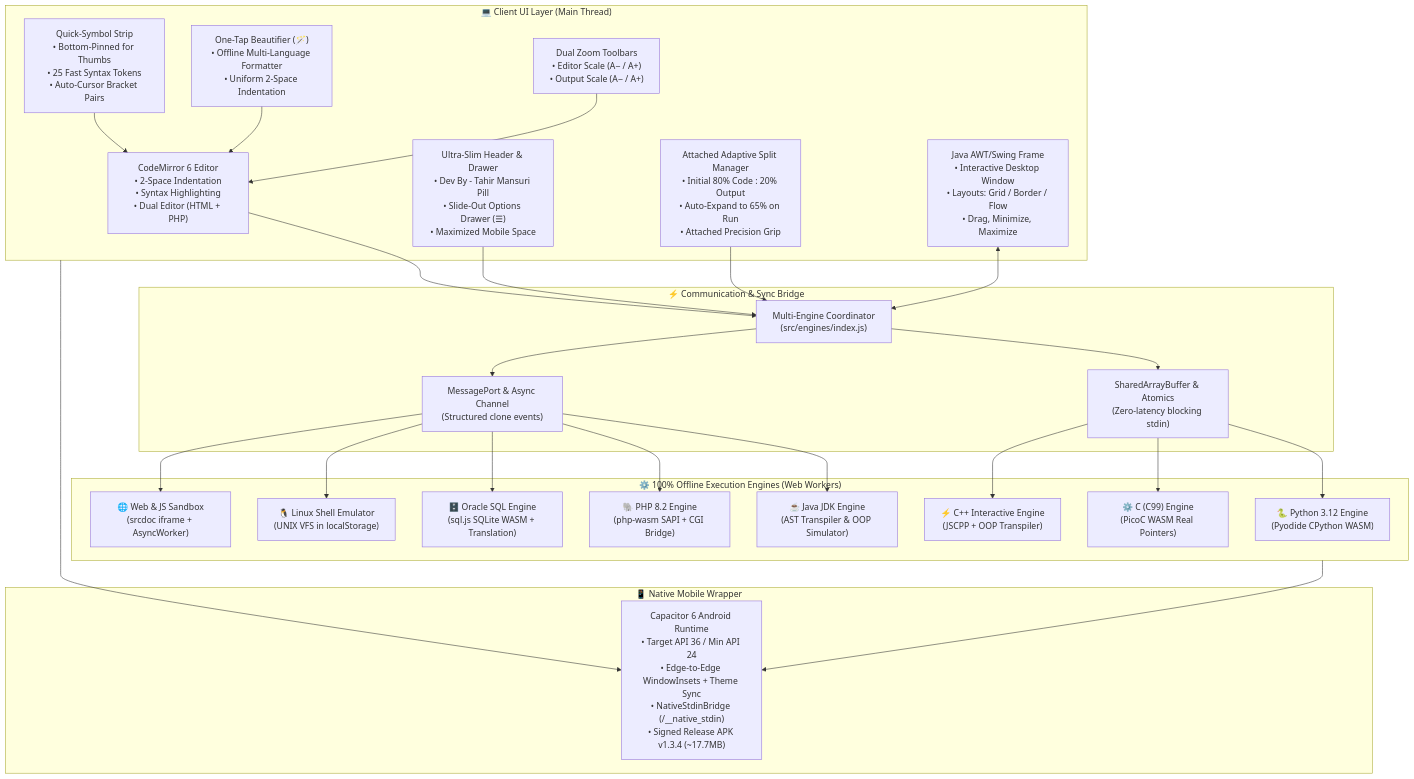
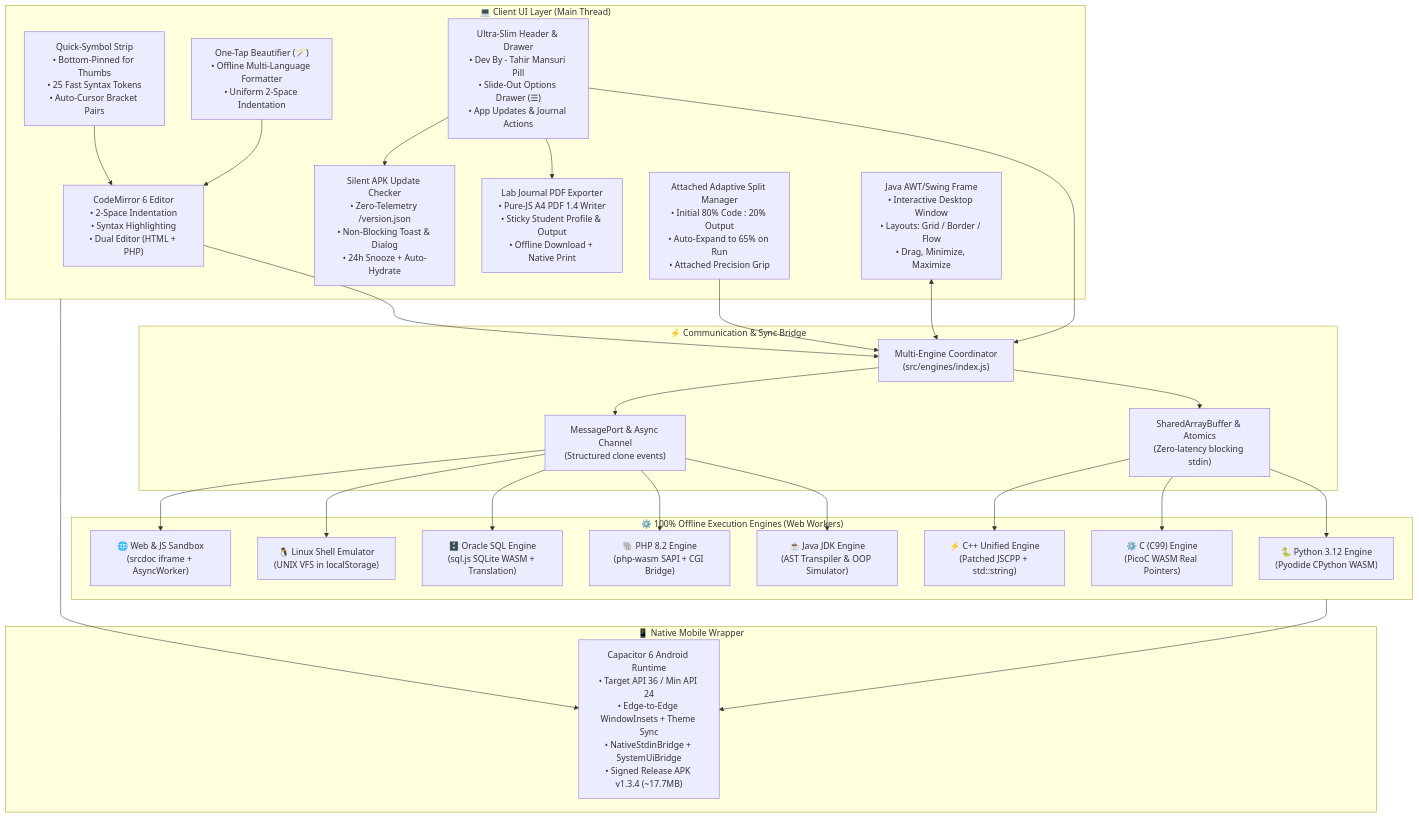
One commit to TahirMansuri/ThinkCode-Lab changed the diagram in README.md. Above: the diagram before and after it, drawn with Mermaid. The commit also changed other lines of this file and 10 other files, not shown here.

````diff
--- a/README.md
+++ b/README.md
@@ -72,55 +75,57 @@
 ```mermaid
 flowchart TD
   subgraph UI["💻 Client UI Layer (Main Thread)"]
     CM["CodeMirror 6 Editor\n• 2-Space Indentation\n• Syntax Highlighting\n• Dual Editor (HTML + PHP)"]
     QB["Quick-Symbol Strip\n• Bottom-Pinned for Thumbs\n• 25 Fast Syntax Tokens\n• Auto-Cursor Bracket Pairs"]
     FMT["One-Tap Beautifier (🪄)\n• Offline Multi-Language Formatter\n• Uniform 2-Space Indentation"]
-    HDR["Ultra-Slim Header & Drawer\n• Dev By - Tahir Mansuri Pill\n• Slide-Out Options Drawer (☰)\n• Maximized Mobile Space"]
+    HDR["Ultra-Slim Header & Drawer\n• Dev By - Tahir Mansuri Pill\n• Slide-Out Options Drawer (☰)\n• App Updates & Journal Actions"]
+    PDF["Lab Journal PDF Exporter\n• Pure-JS A4 PDF 1.4 Writer\n• Sticky Student Profile & Output\n• Offline Download + Native Print"]
+    UPD["Silent APK Update Checker\n• Zero-Telemetry /version.json\n• Non-Blocking Toast & Dialog\n• 24h Snooze + Auto-Hydrate"]
     SM["Attached Adaptive Split Manager\n• Initial 80% Code : 20% Output\n• Auto-Expand to 65% on Run\n• Attached Precision Grip"]
     GUI["Java AWT/Swing Frame\n• Interactive Desktop Window\n• Layouts: Grid / Border / Flow\n• Drag, Minimize, Maximize"]
-    ZM["Dual Zoom Toolbars\n• Editor Scale (A− / A+)\n• Output Scale (A− / A+)"]
   end
 
   subgraph Bridge["⚡ Communication & Sync Bridge"]
     COORD["Multi-Engine Coordinator\n(src/engines/index.js)"]
     SAB["SharedArrayBuffer & Atomics\n(Zero-latency blocking stdin)"]
     MSG["MessagePort & Async Channel\n(Structured clone events)"]
   end
 
   subgraph Engines["⚙️ 100% Offline Execution Engines (Web Workers)"]
     PY["🐍 Python 3.12 Engine\n(Pyodide CPython WASM)"]
     JAVA["☕ Java JDK Engine\n(AST Transpiler & OOP Simulator)"]
     C["⚙️ C (C99) Engine\n(PicoC WASM Real Pointers)"]
-    CPP["⚡ C++ Interactive Engine\n(JSCPP + OOP Transpiler)"]
+    CPP["⚡ C++ Unified Engine\n(Patched JSCPP + std::string)"]
     PHP["🐘 PHP 8.2 Engine\n(php-wasm SAPI + CGI Bridge)"]
     SQL["🗄️ Oracle SQL Engine\n(sql.js SQLite WASM + Translation)"]
     SH["🐧 Linux Shell Emulator\n(UNIX VFS in localStorage)"]
     WEB["🌐 Web & JS Sandbox\n(srcdoc iframe + AsyncWorker)"]
   end
 
   subgraph Native["📱 Native Mobile Wrapper"]
-    CAP["Capacitor 6 Android Runtime\n• Target API 36 / Min API 24\n• Edge-to-Edge WindowInsets + Theme Sync\n• NativeStdinBridge (/__native_stdin)\n• Signed Release APK v1.3.4 (~17.7MB)"]
+    CAP["Capacitor 6 Android Runtime\n• Target API 36 / Min API 24\n• Edge-to-Edge WindowInsets + Theme Sync\n• NativeStdinBridge + SystemUiBridge\n• Signed Release APK v1.3.4 (~17.7MB)"]
   end
 
   CM --> COORD
   QB --> CM
   FMT --> CM
   SM --> COORD
   HDR --> COORD
+  HDR --> PDF
+  HDR --> UPD
   COORD --> SAB
   COORD --> MSG
   GUI <--> COORD
-  ZM --> CM
 
   SAB --> PY
   SAB --> C
   SAB --> CPP
   MSG --> JAVA
   MSG --> PHP
   MSG --> SQL
   MSG --> SH
   MSG --> WEB
 
   UI --> CAP
   Engines --> CAP
 ```
````
